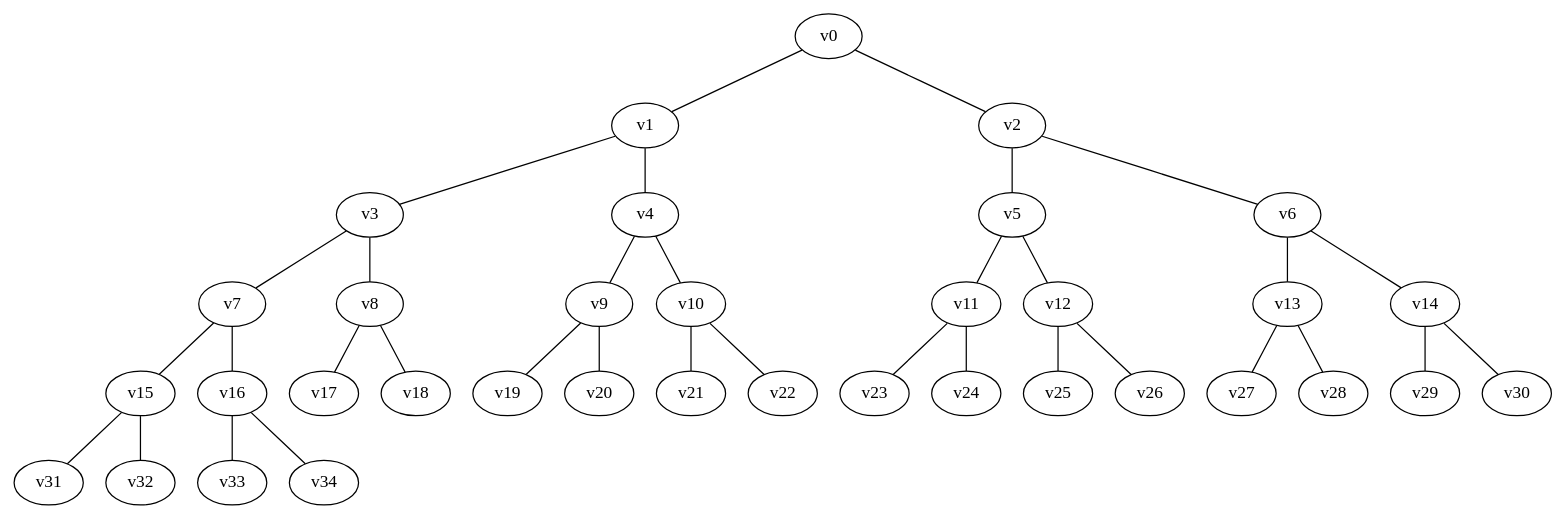
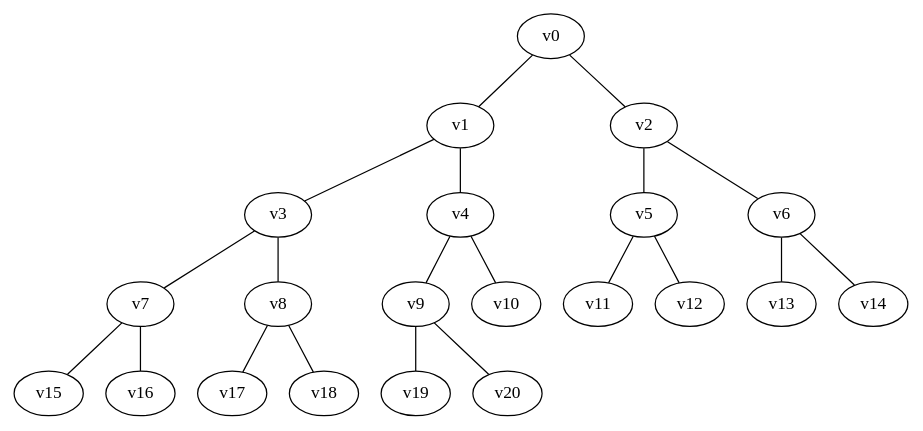
Before and after one commit to alexandrayakovleva/dot_graph_examples: the diagram in binary_tree.dot, drawn with Graphviz.

```diff
--- a/binary_tree.dot
+++ b/binary_tree.dot
@@ -1,36 +1,22 @@
 graph G {
 v0 -- v1
 v0 -- v2
 v1 -- v3
 v1 -- v4
 v2 -- v5
 v2 -- v6
 v3 -- v7
 v3 -- v8
 v4 -- v9
 v4 -- v10
 v5 -- v11
 v5 -- v12
 v6 -- v13
 v6 -- v14
 v7 -- v15
 v7 -- v16
 v8 -- v17
 v8 -- v18
 v9 -- v19
 v9 -- v20
-v10 -- v21
-v10 -- v22
-v11 -- v23
-v11 -- v24
-v12 -- v25
-v12 -- v26
-v13 -- v27
-v13 -- v28
-v14 -- v29
-v14 -- v30
-v15 -- v31
-v15 -- v32
-v16 -- v33
-v16 -- v34
 }
```
